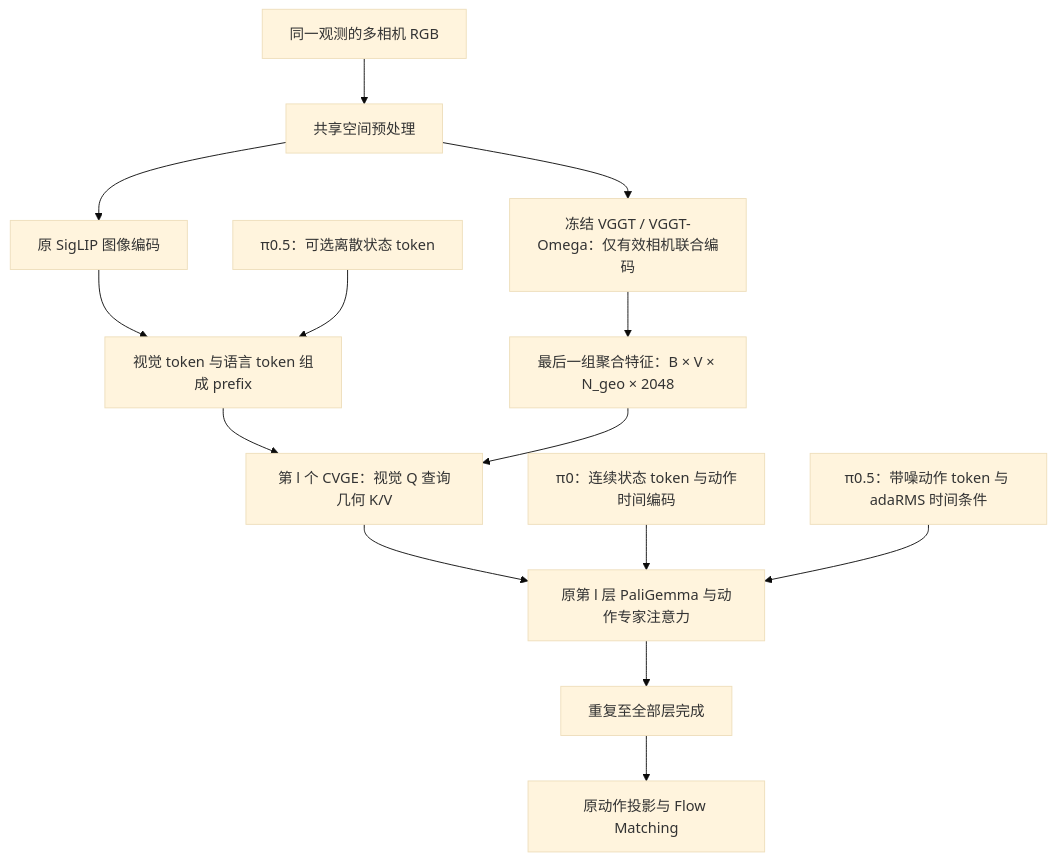
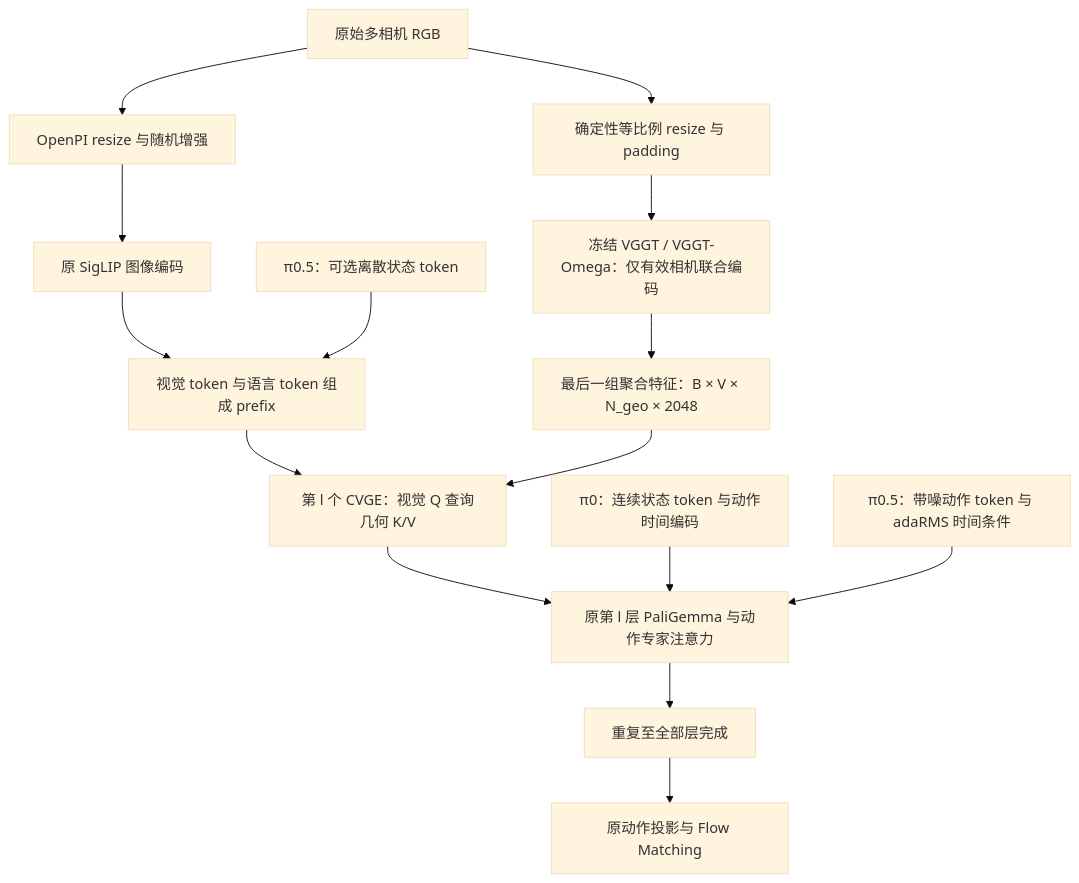
The diagram in openpi/README_CVGE.md (ZbxxBZ/openpi_VGGDrive), drawn with Mermaid (base theme) before and after one commit. The commit also changed other lines of this file and 9 other files, not shown here.

````diff
--- a/openpi/README_CVGE.md
+++ b/openpi/README_CVGE.md
@@ -9,16 +9,17 @@
 ```mermaid
 flowchart TD
-    I[同一观测的多相机 RGB] --> P[共享空间预处理]
+    I[原始多相机 RGB] --> P[OpenPI resize 与随机增强]
+    I --> D[确定性等比例 resize 与 padding]
     P --> S[原 SigLIP 图像编码]
-    P --> V[冻结 VGGT / VGGT-Omega：仅有效相机联合编码]
+    D --> V[冻结 VGGT / VGGT-Omega：仅有效相机联合编码]
     V --> G[最后一组聚合特征：B × V × N_geo × 2048]
     S --> H[视觉 token 与语言 token 组成 prefix]
     H --> C[第 l 个 CVGE：视觉 Q 查询几何 K/V]
     G --> C
     C --> L[原第 l 层 PaliGemma 与动作专家注意力]
     A[π0：连续状态 token 与动作时间编码] --> L
     A5[π0.5：带噪动作 token 与 adaRMS 时间条件] --> L
     D5[π0.5：可选离散状态 token] --> H
     L --> R[重复至全部层完成]
     R --> O[原动作投影与 Flow Matching]
 ```
````
